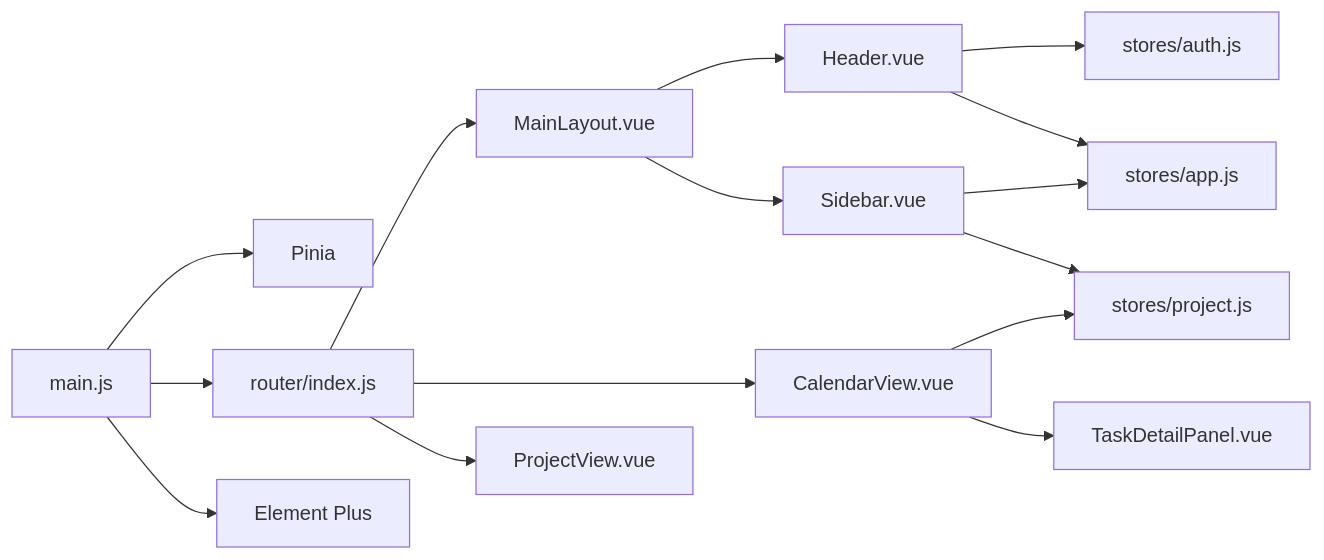
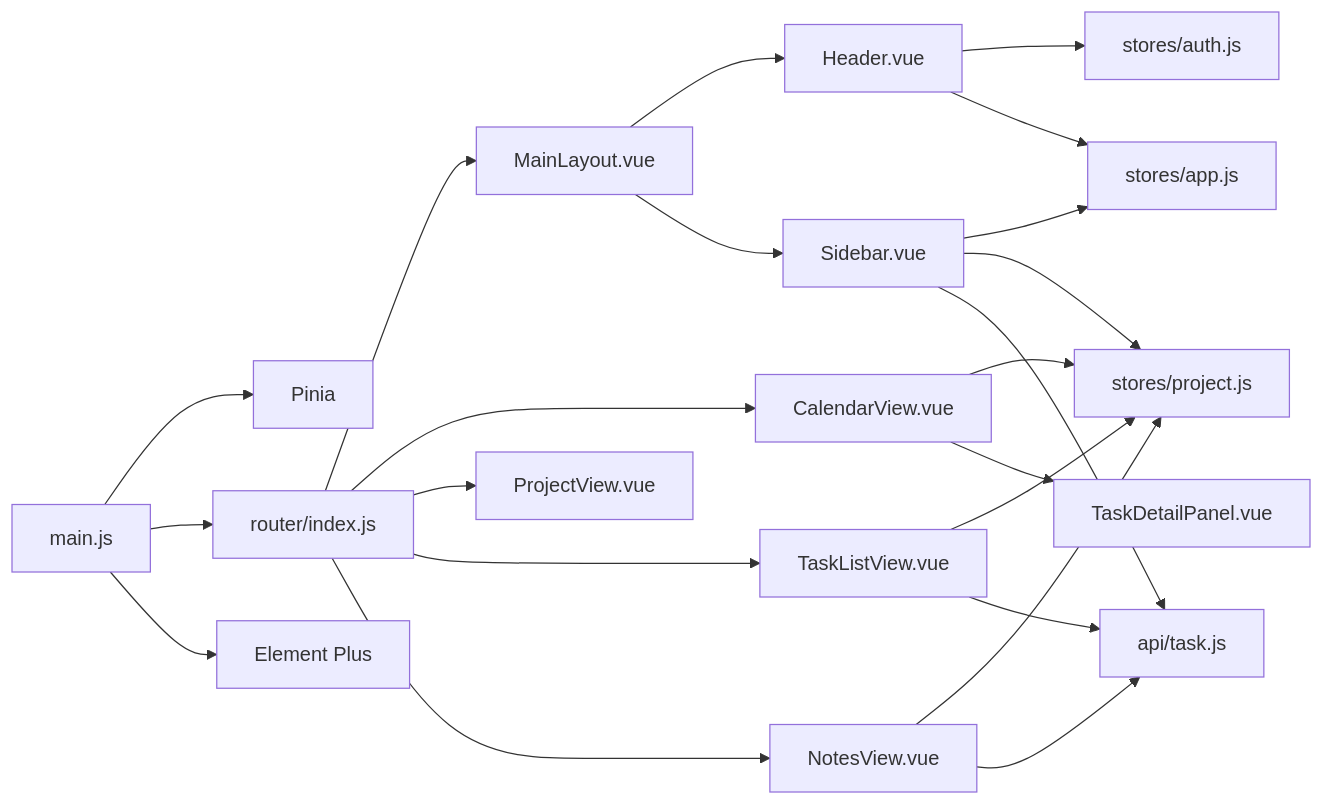
One commit to junjiechen66/newWorld changed the sixth of 6 diagrams in .qoder/repowiki/zh/content/前端开发/组件系统.md. Above: the diagram before and after it, drawn with Mermaid. The commit also changed other lines of this file and 70 other files, not shown here.

````diff
--- a/.qoder/repowiki/zh/content/前端开发/组件系统.md
+++ b/.qoder/repowiki/zh/content/前端开发/组件系统.md
@@ -287,17 +326,24 @@
 ```mermaid
 graph LR
 MAIN["main.js"] --> PINIA["Pinia"]
 MAIN --> ROUTER["router/index.js"]
 MAIN --> ELEM["Element Plus"]
 ROUTER --> LAYOUT["MainLayout.vue"]
 LAYOUT --> HEADER["Header.vue"]
 LAYOUT --> SIDEBAR["Sidebar.vue"]
 HEADER --> AUTHSTORE["stores/auth.js"]
 SIDEBAR --> APPSTORE["stores/app.js"]
 SIDEBAR --> PROJECTSTORE["stores/project.js"]
 HEADER --> APPSTORE
 ROUTER --> CALENDAR["CalendarView.vue"]
 ROUTER --> PROJECT["ProjectView.vue"]
+ROUTER --> TASKLIST["TaskListView.vue"]
+ROUTER --> NOTES["NotesView.vue"]
 CALENDAR --> PROJECTSTORE
 CALENDAR --> PANEL["TaskDetailPanel.vue"]
+TASKLIST --> PROJECTSTORE
+NOTES --> PROJECTSTORE
+SIDEBAR --> TASKAPI["api/task.js"]
+TASKLIST --> TASKAPI
+NOTES --> TASKAPI
 ```
````
